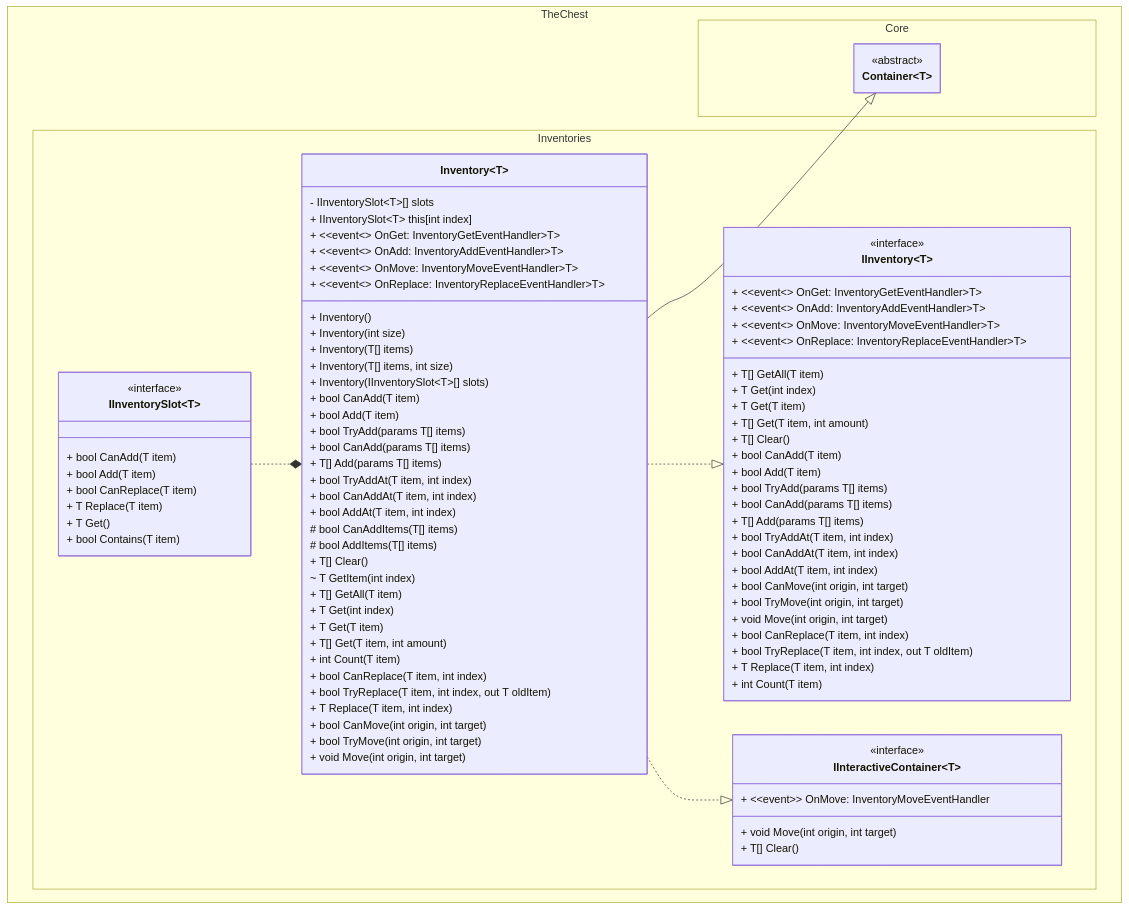
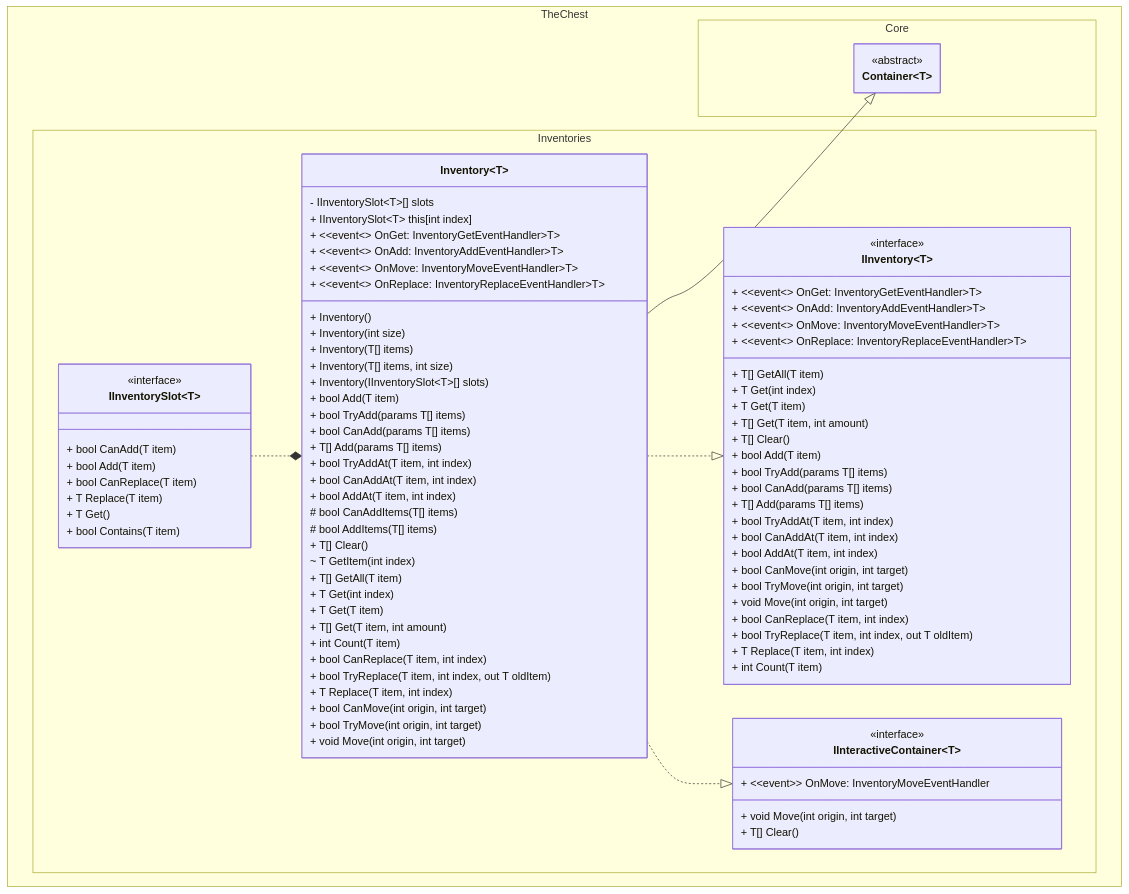
Before and after one commit to The-Chest/TheChest.Inventories: the first of 2 diagrams in docs/inventory/class_diagram.md, drawn with Mermaid. The commit also changed 9 other files, not shown here.

```diff
--- a/docs/inventory/class_diagram.md
+++ b/docs/inventory/class_diagram.md
@@ -29,7 +29,6 @@
 
 	        + T[] Clear()
 
-	        + bool CanAdd(T item)
 	        + bool Add(T item)
 
 			+ bool TryAdd(params T[] items)
@@ -75,7 +74,6 @@
 			+ Inventory(T[] items, int size)
 			+ Inventory(IInventorySlot~T~[] slots)
 
-	        + bool CanAdd(T item)
 	        + bool Add(T item)
 
 			+ bool TryAdd(params T[] items)
```
